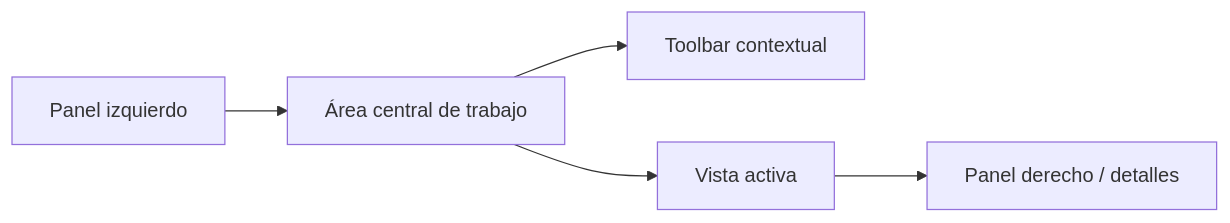
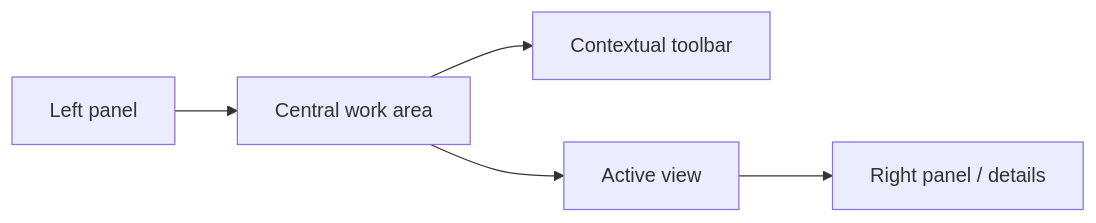
Before and after one commit to gvastethecreator/media-manager: the diagram in docs/core/DESIGN-AND-UX.md, drawn with Mermaid. The commit also changed other lines of this file and 104 other files, not shown here.

Commit message:
docs: initialize comprehensive architectural documentation and component-level README files across the repository.

````diff
--- a/docs/core/DESIGN-AND-UX.md
+++ b/docs/core/DESIGN-AND-UX.md
@@ -22,7 +22,7 @@
 ```mermaid
 flowchart LR
-    A[Panel izquierdo] --> B[Área central de trabajo]
-    B --> C[Toolbar contextual]
-    B --> D[Vista activa]
-    D --> E[Panel derecho / detalles]
+    A[Left panel] --> B[Central work area]
+    B --> C[Contextual toolbar]
+    B --> D[Active view]
+    D --> E[Right panel / details]
 ```
````
